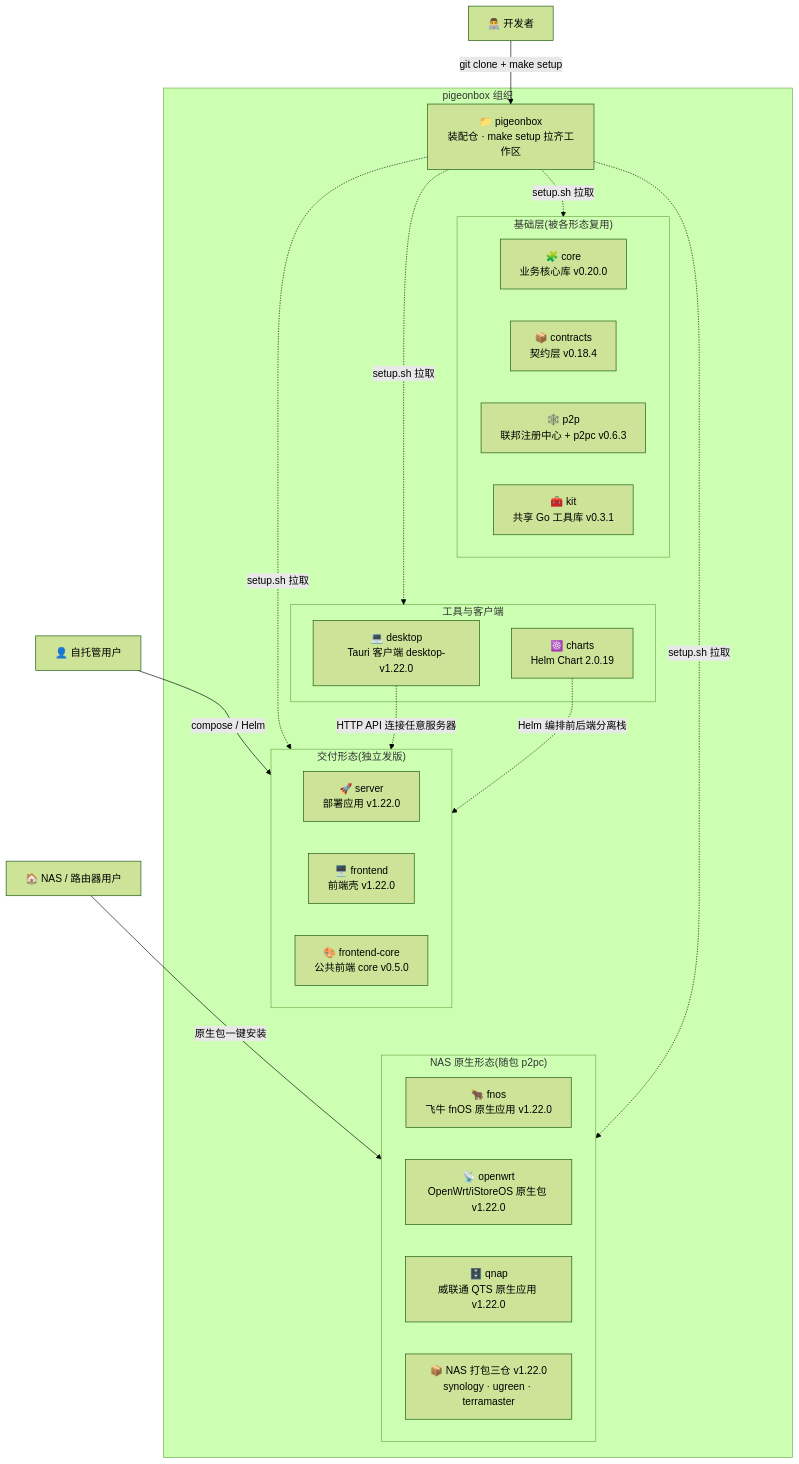
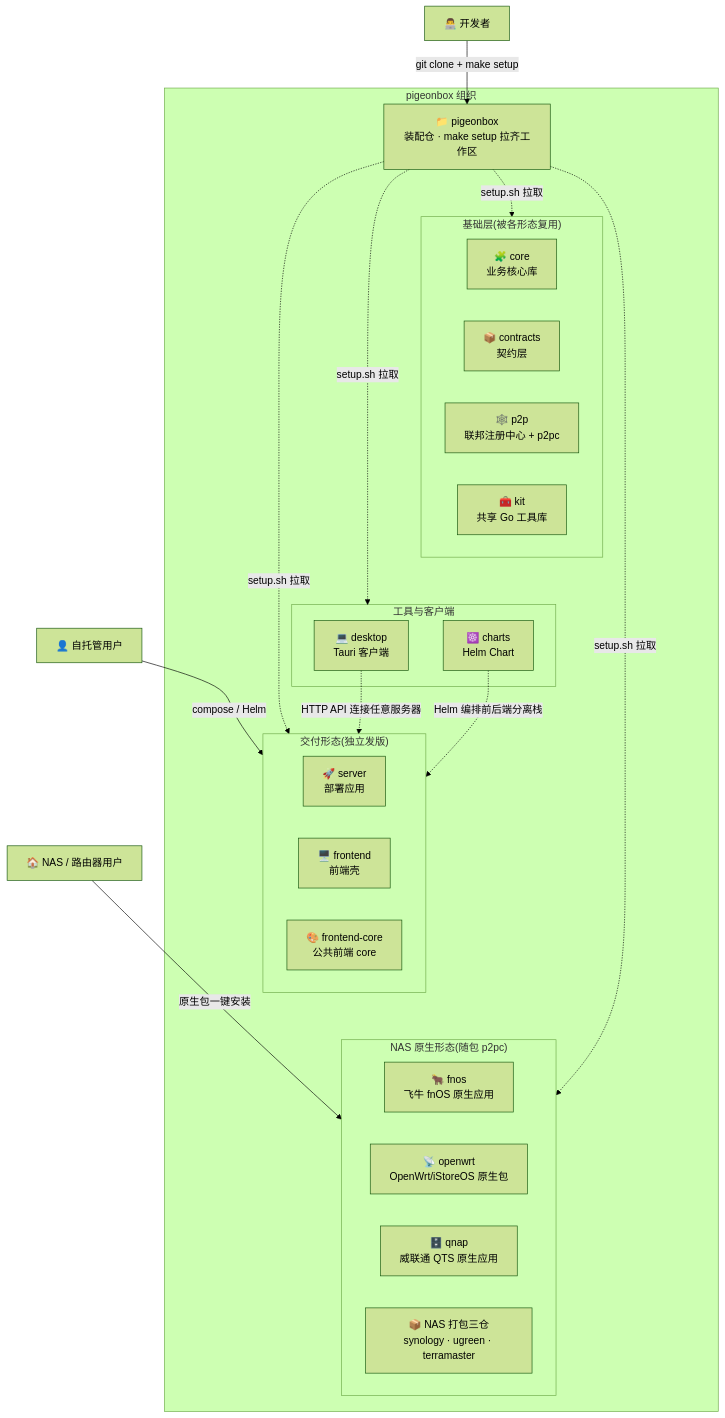
The first of 10 diagrams in docs/architecture.md (pigeonbox/pigeonbox), drawn with Mermaid (forest theme) before and after one commit. The commit also changed other lines of this file, not shown here.

Commit message:
fix(docs): 架构图去版本化,版本以 §2.3 矩阵为准
## 问题

docs/architecture.md 的两张 Mermaid 图里,节点标签与依赖边**写死**了 1.22.0 时代的
版本号(server/frontend/fnos/openwrt/qnap/NAS 三仓 v1.22.0、frontend-core v0.5.0、
core v0.20.0、contracts v0.18.4、p2p v0.6.3、desktop-v1.22.0、Helm Chart 2.0.19、
require v0.20.0 / require v0.14.0)⇒ 与同文档 §2.3 版本矩阵(已由 bump 正确更新到
6.1.0)自相矛盾。

根因:bump 的文档更新只覆盖「§2.3 表格 + README + docs-site/cli.md」等**产品号形态**
(正则 v<oldTrain>),覆盖不到图里这些写死的旧形态 ⇒ 每趟车都漂,是长期静态漂移。

## 修法

图**只画结构**(该文档第 52 行本来就这么声明),把版本号从图里全部去掉:

- 节点标签只留角色名(server/frontend/core/contracts/p2p/desktop/charts …);
- 依赖边上的「require vX」改为「require(钉版见 §2.3)」⇒ 保留「钉版」语义,
  不再随列车漂移;
- §2.1 里的**历史沿革叙述**(core v0.8.0 起 federation 域、v0.19.0 起对称节点)
  与 §2.3 表格说明列的沿革记录**保留不动**(它们讲的是「从哪一版起的行为」,
  不是当前版本);
- 图注补一句:「图内不标版本号(避免随列车漂移),各仓当前版本与细节以 §2.3 版本矩阵
  为准(随列车自动更新)」。

## 验证

- Mermaid fence 配对完整(10 个 ```mermaid / 22 行 fence);
- §1 图回读确认 13 处节点标签已无版本号;
- 全文剩余版本号仅出现在沿革叙述与 §2.3 表格说明列(预期);
- docs-site/reference/architecture.md 是 include 桩(<!--@include: ../../docs/architecture.md-->)
  ⇒ 文档站自动同步,无需另改。

````diff
--- a/docs/architecture.md
+++ b/docs/architecture.md
@@ -10,41 +10,41 @@
 ```mermaid
 graph TB
     USER["👤 自托管用户"] -->|"compose / Helm"| DELIVER
     NASU["🏠 NAS / 路由器用户"] -->|"原生包一键安装"| NASFORM
     DEV["👨‍💻 开发者"] -->|"git clone + make setup"| UMB
 
     subgraph ORG["pigeonbox 组织"]
         UMB["📁 pigeonbox<br/>装配仓 · make setup 拉齐工作区"]
 
         subgraph DELIVER["交付形态(独立发版)"]
-            SRV["🚀 server<br/>部署应用 v1.22.0"]
-            FE["🖥️ frontend<br/>前端壳 v1.22.0"]
-            FEC["🎨 frontend-core<br/>公共前端 core v0.5.0"]
+            SRV["🚀 server<br/>部署应用"]
+            FE["🖥️ frontend<br/>前端壳"]
+            FEC["🎨 frontend-core<br/>公共前端 core"]
         end
 
         subgraph NASFORM["NAS 原生形态(随包 p2pc)"]
-            FNOS["🐂 fnos<br/>飞牛 fnOS 原生应用 v1.22.0"]
-            OWRT["📡 openwrt<br/>OpenWrt/iStoreOS 原生包 v1.22.0"]
-            QNAP["🗄️ qnap<br/>威联通 QTS 原生应用 v1.22.0"]
-            NAS3["📦 NAS 打包三仓 v1.22.0<br/>synology · ugreen · terramaster"]
+            FNOS["🐂 fnos<br/>飞牛 fnOS 原生应用"]
+            OWRT["📡 openwrt<br/>OpenWrt/iStoreOS 原生包"]
+            QNAP["🗄️ qnap<br/>威联通 QTS 原生应用"]
+            NAS3["📦 NAS 打包三仓<br/>synology · ugreen · terramaster"]
         end
 
         subgraph BASE["基础层(被各形态复用)"]
-            CORE["🧩 core<br/>业务核心库 v0.20.0"]
-            CT["📦 contracts<br/>契约层 v0.18.4"]
-            P2P["🕸️ p2p<br/>联邦注册中心 + p2pc v0.6.3"]
-            KIT["🧰 kit<br/>共享 Go 工具库 v0.3.1"]
+            CORE["🧩 core<br/>业务核心库"]
+            CT["📦 contracts<br/>契约层"]
+            P2P["🕸️ p2p<br/>联邦注册中心 + p2pc"]
+            KIT["🧰 kit<br/>共享 Go 工具库"]
         end
 
         subgraph TOOLS["工具与客户端"]
-            DESK["💻 desktop<br/>Tauri 客户端 desktop-v1.22.0"]
-            CHT["☸️ charts<br/>Helm Chart 2.0.19"]
+            DESK["💻 desktop<br/>Tauri 客户端"]
+            CHT["☸️ charts<br/>Helm Chart"]
         end
     end
 
     %% 隐形链只用于排版: 把四组竖向堆叠(它们彼此并行, 无先后关系)
     DELIVER ~~~ NASFORM ~~~ BASE ~~~ TOOLS
     UMB -.->|"setup.sh 拉取"| DELIVER & NASFORM & BASE & TOOLS
     DESK -.->|"HTTP API 连接任意服务器"| DELIVER
     CHT -.->|"Helm 编排前后端分离栈"| DELIVER
 ```
````
